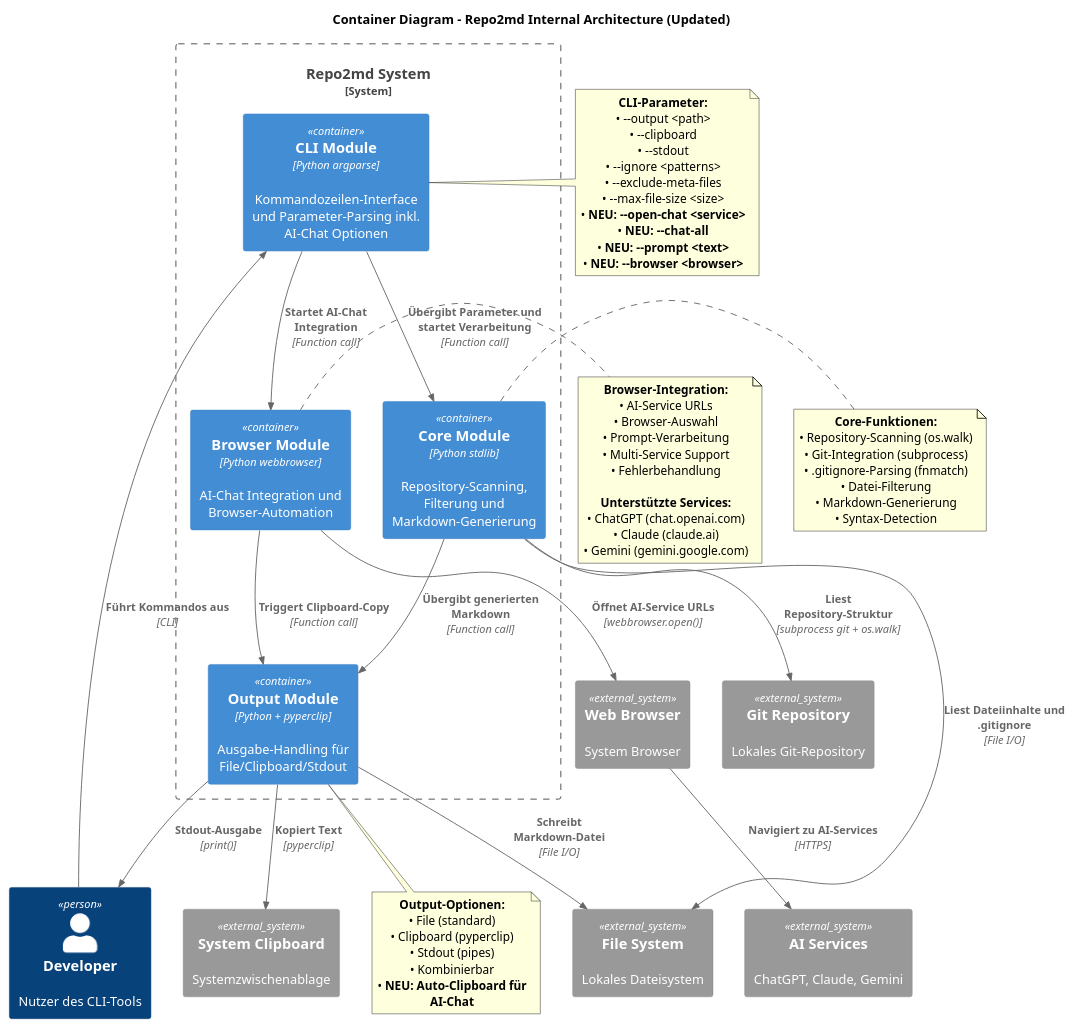
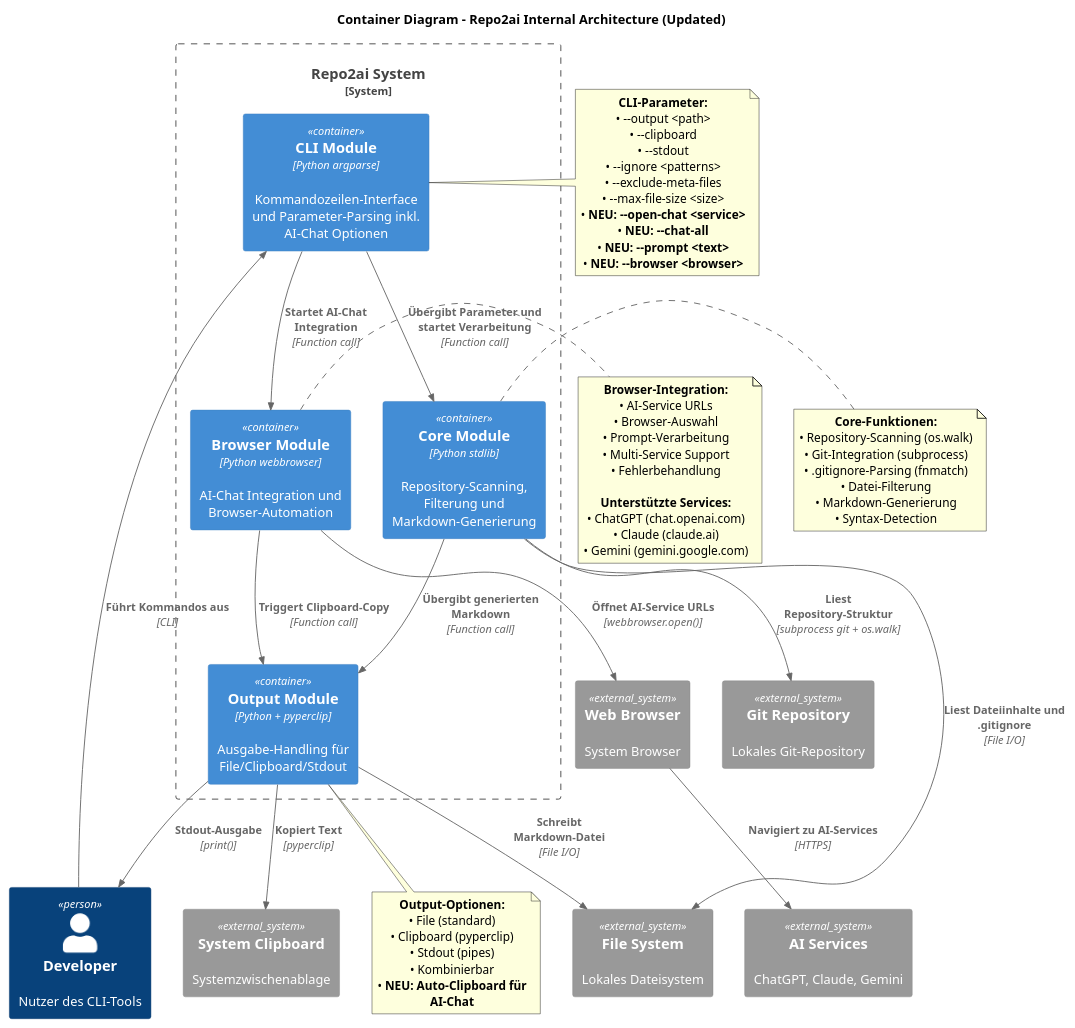
One commit to georghildebrand/repo2ai changed the diagram in docs/architecture/c4/02-container-diagram.puml. Above: the diagram before and after it, drawn with PlantUML. The commit also changed 15 other files, not shown here.

```diff
--- a/docs/architecture/c4/02-container-diagram.puml
+++ b/docs/architecture/c4/02-container-diagram.puml
@@ -1,86 +1,86 @@
-@startuml C4_Level2_repo2md
+@startuml C4_Level2_repo2ai
 !include https://raw.githubusercontent.com/plantuml-stdlib/C4-PlantUML/master/C4_Container.puml
 
-title Container Diagram - Repo2md Internal Architecture (Updated)
+title Container Diagram - Repo2ai Internal Architecture (Updated)
 
 Person(developer, "Developer", "Nutzer des CLI-Tools")
 
-System_Boundary(repoToMd, "Repo2md System") {
+System_Boundary(repoToAi, "Repo2ai System") {
     Container(cli, "CLI Module", "Python argparse", "Kommandozeilen-Interface und Parameter-Parsing inkl. AI-Chat Optionen")
     Container(core, "Core Module", "Python stdlib", "Repository-Scanning, Filterung und Markdown-Generierung")
     Container(output, "Output Module", "Python + pyperclip", "Ausgabe-Handling für File/Clipboard/Stdout")
     Container(browser, "Browser Module", "Python webbrowser", "AI-Chat Integration und Browser-Automation")
 }
 
 System_Ext(gitRepo, "Git Repository", "Lokales Git-Repository")
 System_Ext(fileSystem, "File System", "Lokales Dateisystem")
 System_Ext(clipboard, "System Clipboard", "Systemzwischenablage")
 System_Ext(webBrowser, "Web Browser", "System Browser")
 System_Ext(aiServices, "AI Services", "ChatGPT, Claude, Gemini")
 
 ' User interactions
 Rel(developer, cli, "Führt Kommandos aus", "CLI")
 
 ' Internal component relationships
 Rel(cli, core, "Übergibt Parameter und startet Verarbeitung", "Function call")
 Rel(core, output, "Übergibt generierten Markdown", "Function call")
 Rel(cli, browser, "Startet AI-Chat Integration", "Function call")
 Rel(browser, output, "Triggert Clipboard-Copy", "Function call")
 
 ' External system interactions
 Rel(core, gitRepo, "Liest Repository-Struktur", "subprocess git + os.walk")
 Rel(core, fileSystem, "Liest Dateiinhalte und .gitignore", "File I/O")
 Rel(output, fileSystem, "Schreibt Markdown-Datei", "File I/O")
 Rel(output, clipboard, "Kopiert Text", "pyperclip")
 Rel(output, developer, "Stdout-Ausgabe", "print()")
 Rel(browser, webBrowser, "Öffnet AI-Service URLs", "webbrowser.open()")
 Rel(webBrowser, aiServices, "Navigiert zu AI-Services", "HTTPS")
 
 note right of core
   **Core-Funktionen:**
   • Repository-Scanning (os.walk)
   • Git-Integration (subprocess)
   • .gitignore-Parsing (fnmatch)
   • Datei-Filterung
   • Markdown-Generierung
   • Syntax-Detection
 end note
 
 note left of cli
   **CLI-Parameter:**
   • --output <path>
   • --clipboard
   • --stdout
   • --ignore <patterns>
   • --exclude-meta-files
   • --max-file-size <size>
   • **NEU: --open-chat <service>**
   • **NEU: --chat-all**
   • **NEU: --prompt <text>**
   • **NEU: --browser <browser>**
 end note
 
 note bottom of output
   **Output-Optionen:**
   • File (standard)
   • Clipboard (pyperclip)
   • Stdout (pipes)
   • Kombinierbar
   • **NEU: Auto-Clipboard für AI-Chat**
 end note
 
 note right of browser
   **Browser-Integration:**
   • AI-Service URLs
   • Browser-Auswahl
   • Prompt-Verarbeitung
   • Multi-Service Support
   • Fehlerbehandlung
 
   **Unterstützte Services:**
   • ChatGPT (chat.openai.com)
   • Claude (claude.ai)
   • Gemini (gemini.google.com)
 end note
 
 @enduml
```
